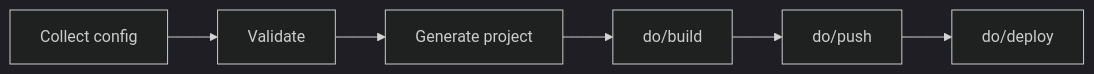
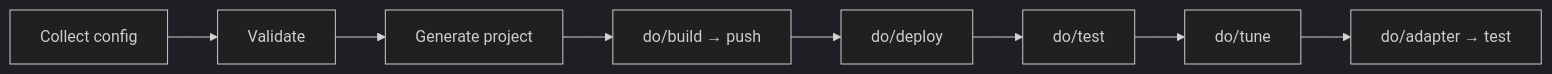
One commit to awslabs/ml-container-creator changed the first of 2 diagrams in docs/how-it-works.md. Above: the diagram before and after it, drawn with Mermaid (dark theme). The commit also changed other lines of this file and 105 other files, not shown here.

First line of the commit message:
feat: schema-driven architecture + full codebase decomposition

````diff
--- a/docs/how-it-works.md
+++ b/docs/how-it-works.md
@@ -19,8 +19,10 @@
 ```mermaid
 flowchart LR
     A[Collect config] --> B[Validate]
     B --> C[Generate project]
-    C --> D[do/build]
-    D --> E[do/push]
-    E --> F[do/deploy]
+    C --> D[do/build → push]
+    D --> E[do/deploy]
+    E --> F[do/test]
+    F --> G[do/tune]
+    G --> H[do/adapter → test]
 ```
````
